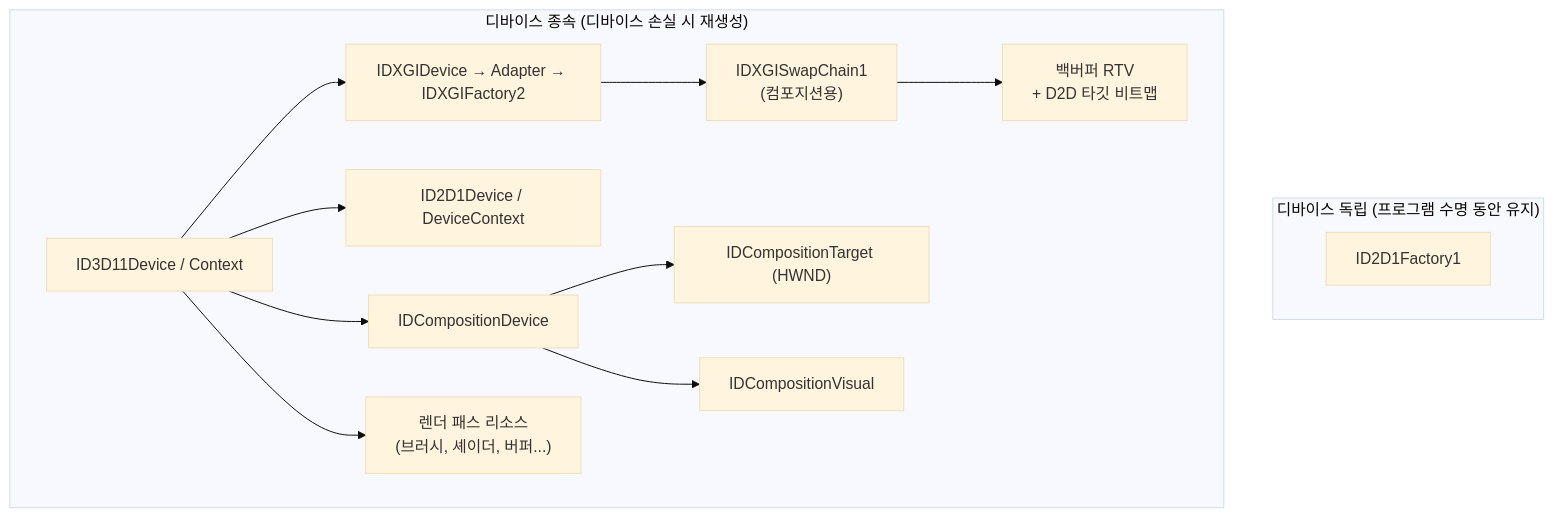
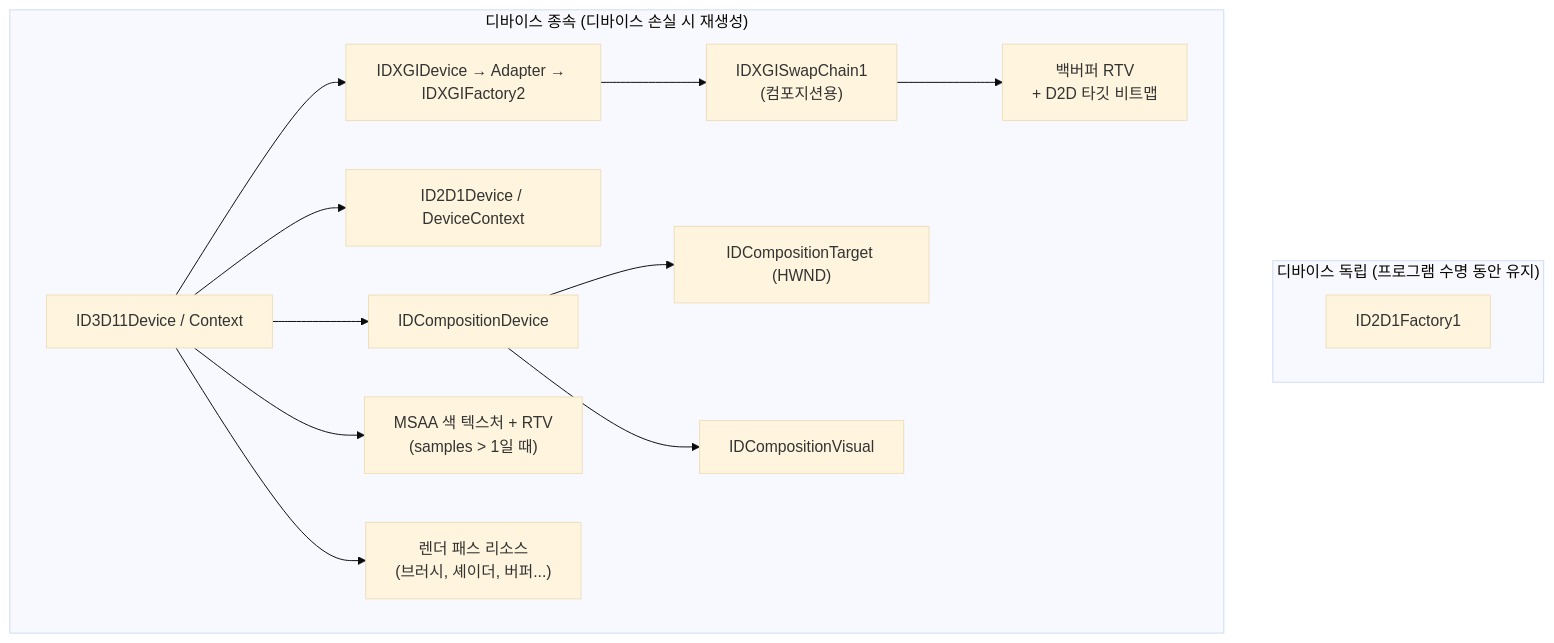
Before and after one commit to ChoHye0N/TinyDeskPet: the first of 2 diagrams in docs/03-detailed-design/renderer.md, drawn with Mermaid (base theme). The commit also changed other lines of this file and 18 other files, not shown here.

````diff
--- a/docs/03-detailed-design/renderer.md
+++ b/docs/03-detailed-design/renderer.md
@@ -86,16 +88,17 @@
 ```mermaid
 flowchart TB
     subgraph Independent["디바이스 독립 (프로그램 수명 동안 유지)"]
         D2DF["ID2D1Factory1"]
     end
     subgraph Dependent["디바이스 종속 (디바이스 손실 시 재생성)"]
         Dev["ID3D11Device / Context"] --> DXGI["IDXGIDevice → Adapter → IDXGIFactory2"]
         DXGI --> SC["IDXGISwapChain1<br/>(컴포지션용)"]
         Dev --> D2DD["ID2D1Device / DeviceContext"]
         Dev --> DC["IDCompositionDevice"]
         DC --> DT["IDCompositionTarget (HWND)"]
         DC --> DV["IDCompositionVisual"]
         SC --> RT["백버퍼 RTV<br/>+ D2D 타깃 비트맵"]
+        Dev --> MS["MSAA 색 텍스처 + RTV<br/>(samples > 1일 때)"]
         Dev --> Pass["렌더 패스 리소스<br/>(브러시, 셰이더, 버퍼...)"]
     end
 ```
````
